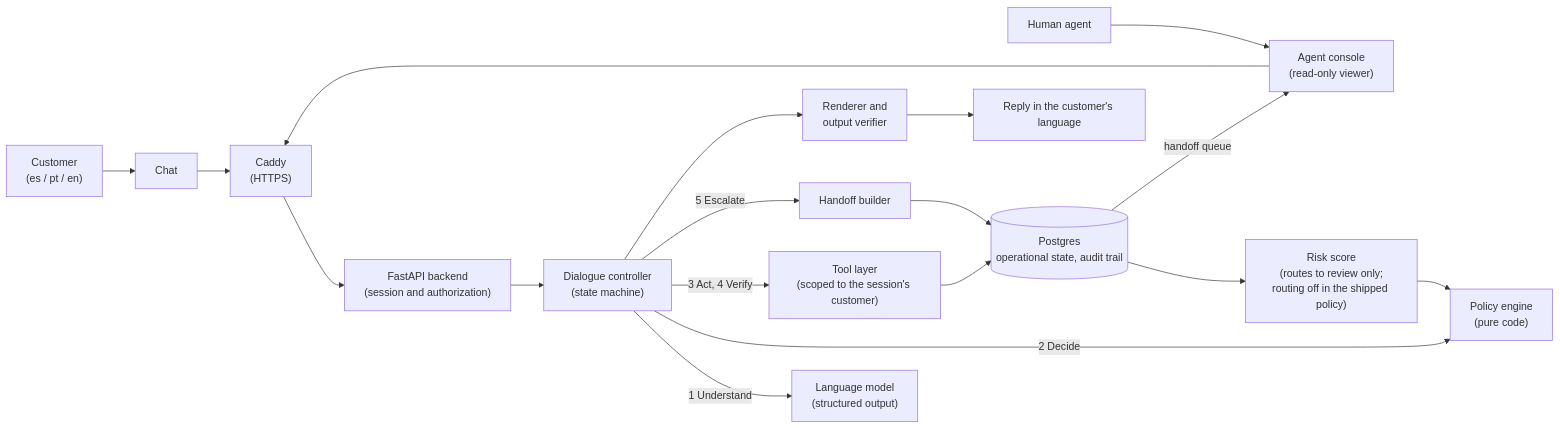
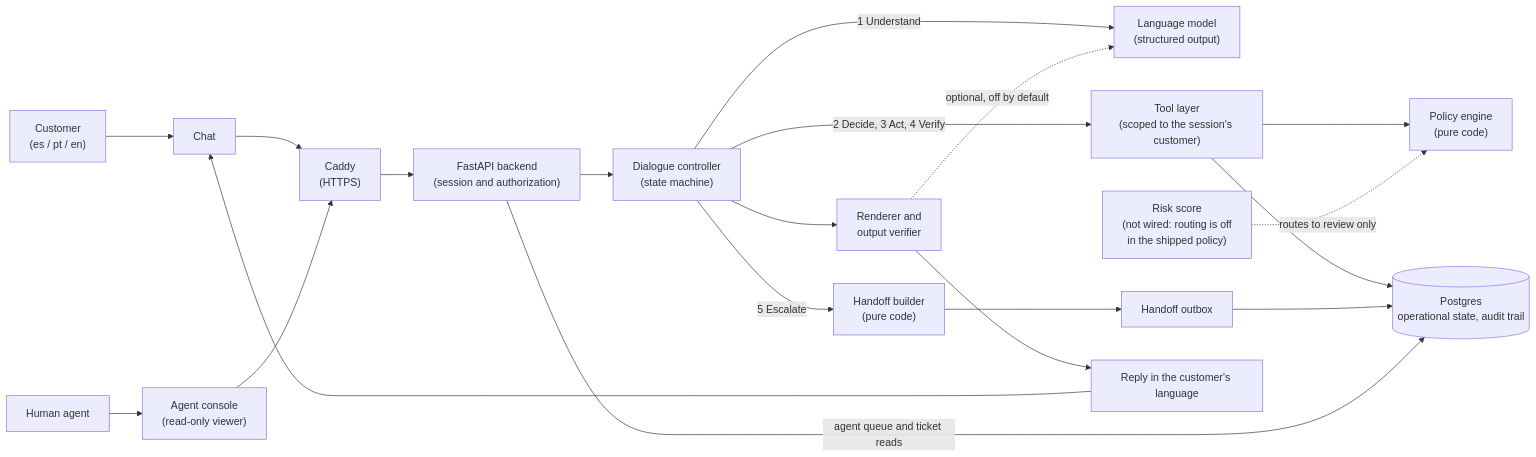
The diagram in README.md (dannysmp/factored-hackathon-2026-icesi-ai), drawn with Mermaid before and after one commit.

Commit message:
docs(readme): Draw the diagram's decide, escalate and queue paths as the code runs them

````diff
--- a/README.md
+++ b/README.md
@@ -27,22 +27,24 @@
 ```mermaid
 flowchart LR
     customer["Customer<br/>(es / pt / en)"] --> chat["Chat"]
     agent["Human agent"] --> console["Agent console<br/>(read-only viewer)"]
     chat --> caddy["Caddy<br/>(HTTPS)"]
     console --> caddy
     caddy --> api["FastAPI backend<br/>(session and authorization)"]
     api --> controller["Dialogue controller<br/>(state machine)"]
 
     controller -- "1 Understand" --> nlu["Language model<br/>(structured output)"]
-    controller -- "2 Decide" --> policy["Policy engine<br/>(pure code)"]
-    controller -- "3 Act, 4 Verify" --> tools["Tool layer<br/>(scoped to the session's customer)"]
-    controller -- "5 Escalate" --> handoff["Handoff builder"]
+    controller -- "2 Decide, 3 Act, 4 Verify" --> tools["Tool layer<br/>(scoped to the session's customer)"]
+    tools --> policy["Policy engine<br/>(pure code)"]
+    controller -- "5 Escalate" --> handoff["Handoff builder<br/>(pure code)"]
+    handoff --> outbox["Handoff outbox"]
     controller --> render["Renderer and<br/>output verifier"]
+    render -. "optional, off by default" .-> nlu
 
     tools --> db[("Postgres<br/>operational state, audit trail")]
-    handoff --> db
-    db --> risk["Risk score<br/>(routes to review only;<br/>routing off in the shipped policy)"]
-    risk --> policy
-    db -- "handoff queue" --> console
+    outbox --> db
+    api -- "agent queue and ticket reads" --> db
+    risk["Risk score<br/>(not wired: routing is off<br/>in the shipped policy)"] -. "routes to review only" .-> policy
     render --> reply["Reply in the customer's language"]
+    reply --> chat
 ```
````
